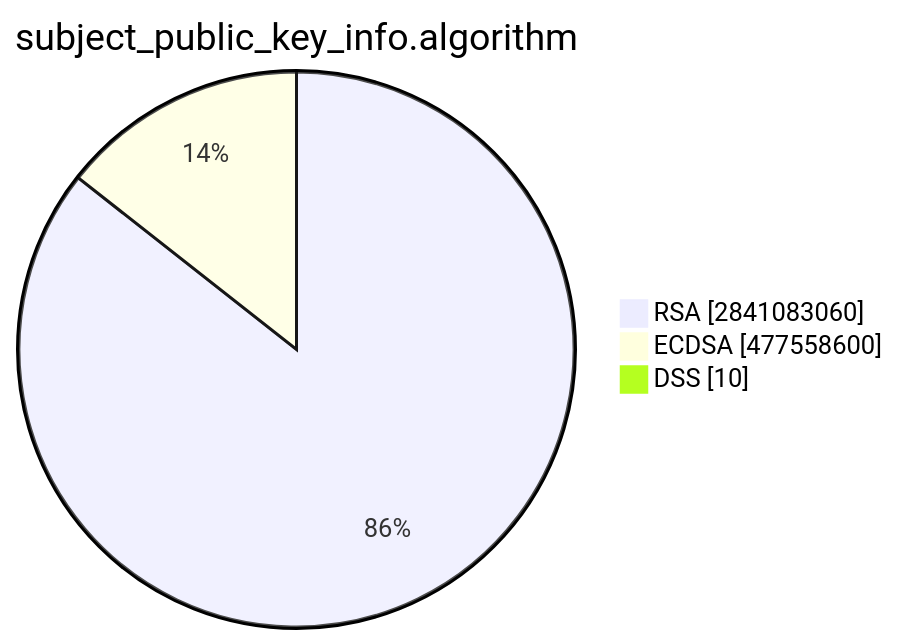
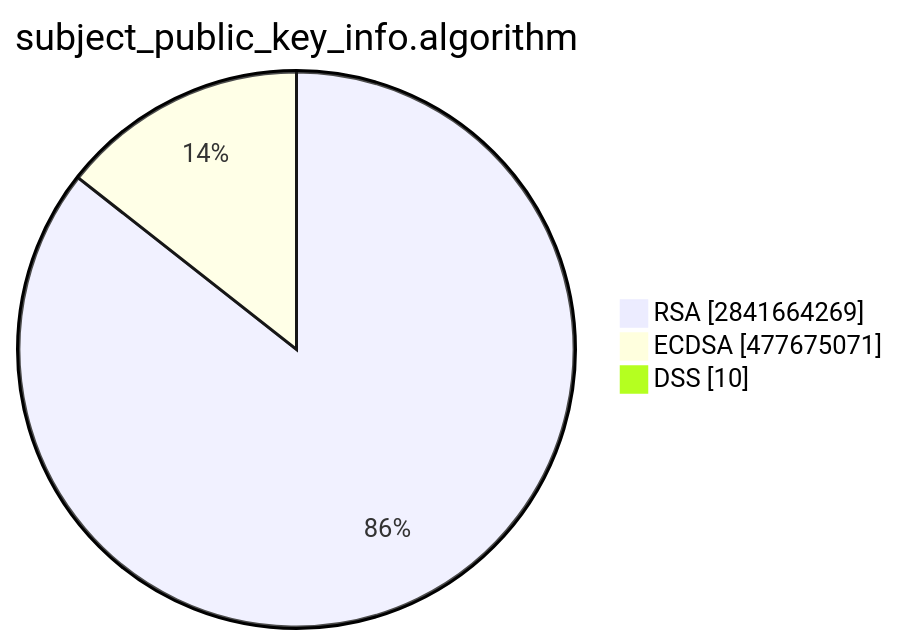
The second of 15 diagrams in TOTAL/README.md (christiankrug/ctmonitor_visualization), drawn with Mermaid before and after one commit. The commit also changed other lines of this file, not shown here.

````diff
--- a/TOTAL/README.md
+++ b/TOTAL/README.md
@@ -6,7 +6,7 @@
 ```mermaid
 pie showData
 title subject_public_key_info.algorithm
-"RSA" :2841083060
-"ECDSA" :477558600
+"RSA" :2841664269
+"ECDSA" :477675071
 "DSS" :10
 ```
````
